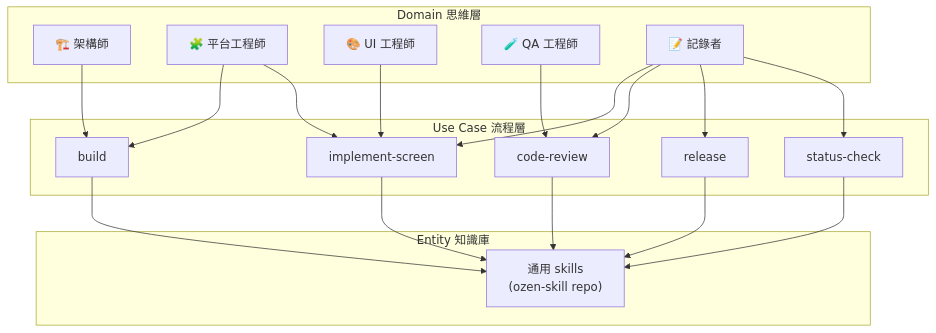
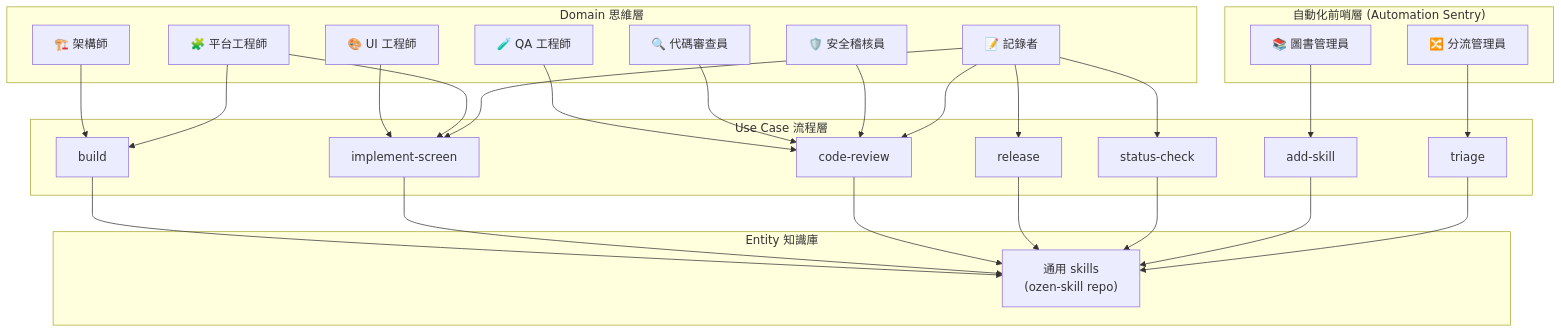
Before and after one commit to KaungLong/ozen-skill: the first of 2 diagrams in TEAM.md, drawn with Mermaid. The commit also changed other lines of this file and 3 other files, not shown here.

First line of the commit message:
feat: integrate Linear Next philosophy — Context-First, Triage Automation, TEAM upgrade

````diff
--- a/TEAM.md
+++ b/TEAM.md
@@ -15,38 +15,53 @@
 ```mermaid
 graph TB
+    subgraph "自動化前哨層 (Automation Sentry)"
+        TRIAGE["🔀 分流管理員"]
+        LIB["📚 圖書管理員"]
+    end
+
     subgraph "Domain 思維層"
         ARCH["🏗️ 架構師"]
         PLAT["🧩 平台工程師"]
         UI["🎨 UI 工程師"]
         QA["🧪 QA 工程師"]
         REC["📝 記錄者"]
+        CR["🔍 代碼審查員"]
+        SEC["🛡️ 安全稽核員"]
     end
 
     subgraph "Use Case 流程層"
         W1["build"]
         W2["implement-screen"]
         W3["code-review"]
         W4["release"]
         W5["status-check"]
+        W6["add-skill"]
+        W7["triage"]
     end
 
     subgraph "Entity 知識庫"
         SK["通用 skills<br/>(ozen-skill repo)"]
     end
 
+    TRIAGE --> W7
+    LIB --> W6
     ARCH --> W1
     PLAT --> W1
     UI --> W2
     PLAT --> W2
     QA --> W3
+    CR --> W3
+    SEC --> W3
     REC --> W2
     REC --> W3
     REC --> W4
     REC --> W5
 
     W1 --> SK
     W2 --> SK
     W3 --> SK
     W4 --> SK
     W5 --> SK
+    W6 --> SK
+    W7 --> SK
 ```
````
